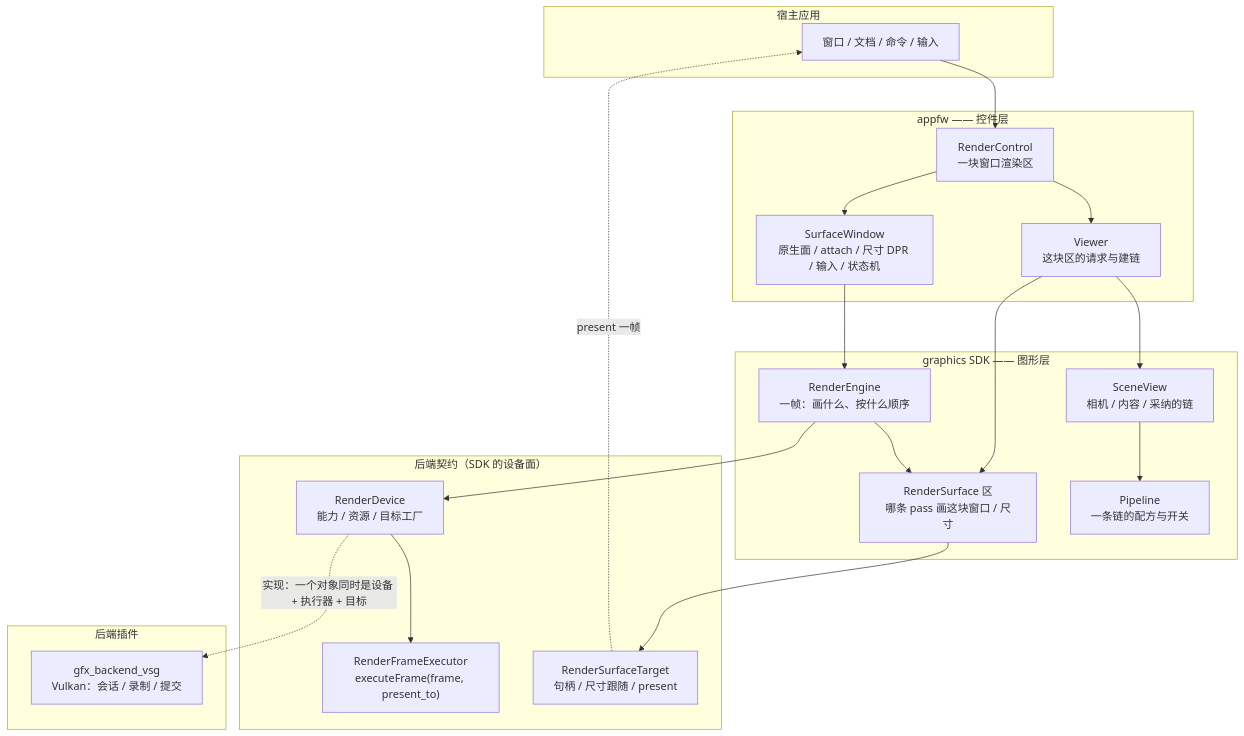
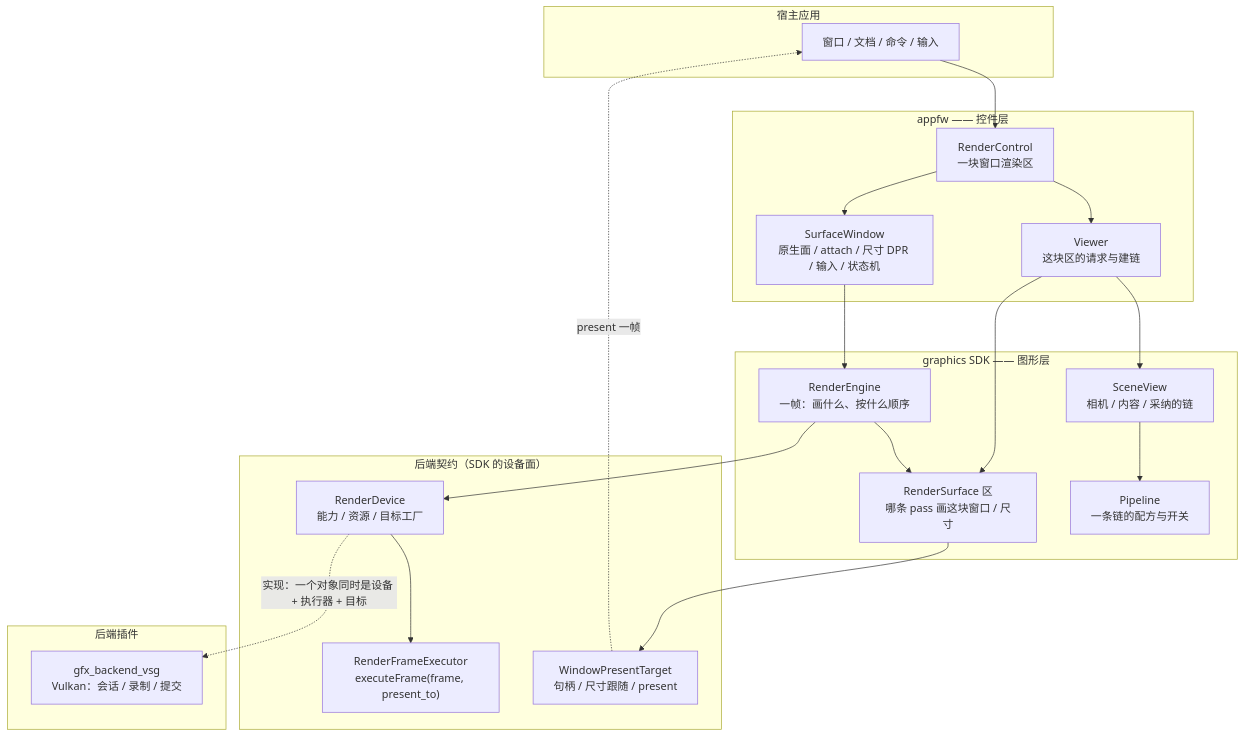
The first of 2 diagrams in docs/guides/render-views.md (lonelyong/Vine), drawn with Mermaid before and after one commit. The commit also changed other lines of this file and 28 other files, not shown here.

````diff
--- a/docs/guides/render-views.md
+++ b/docs/guides/render-views.md
@@ -29,43 +29,43 @@
 ```mermaid
 graph TB
     subgraph app["宿主应用"]
         HOST["窗口 / 文档 / 命令 / 输入"]
     end
 
     subgraph fw["appfw —— 控件层"]
         RC["RenderControl<br/>一块窗口渲染区"]
         SW["SurfaceWindow<br/>原生面 / attach / 尺寸 DPR / 输入 / 状态机"]
         VW["Viewer<br/>这块区的请求与建链"]
     end
 
     subgraph gfx["graphics SDK —— 图形层"]
         ENG["RenderEngine<br/>一帧：画什么、按什么顺序"]
         VIEW["SceneView<br/>相机 / 内容 / 采纳的链"]
         AREA["RenderSurface 区<br/>哪条 pass 画这块窗口 / 尺寸"]
         PIPE["Pipeline<br/>一条链的配方与开关"]
     end
 
     subgraph contract["后端契约（SDK 的设备面）"]
         DEV["RenderDevice<br/>能力 / 资源 / 目标工厂"]
         EXE["RenderFrameExecutor<br/>executeFrame(frame, present_to)"]
-        TGT["RenderSurfaceTarget<br/>句柄 / 尺寸跟随 / present"]
+        TGT["WindowPresentTarget<br/>句柄 / 尺寸跟随 / present"]
     end
 
     subgraph plugin["后端插件"]
         VSG["gfx_backend_vsg<br/>Vulkan：会话 / 录制 / 提交"]
     end
 
     HOST --> RC
     RC --> SW
     RC --> VW
     SW --> ENG
     VW --> VIEW
     VIEW --> PIPE
     VW --> AREA
     ENG --> AREA
     ENG --> DEV
     DEV --> EXE
     DEV -.->|实现：一个对象同时是设备 + 执行器 + 目标| VSG
     AREA --> TGT
     TGT -.->|present 一帧| HOST
 ```
````
